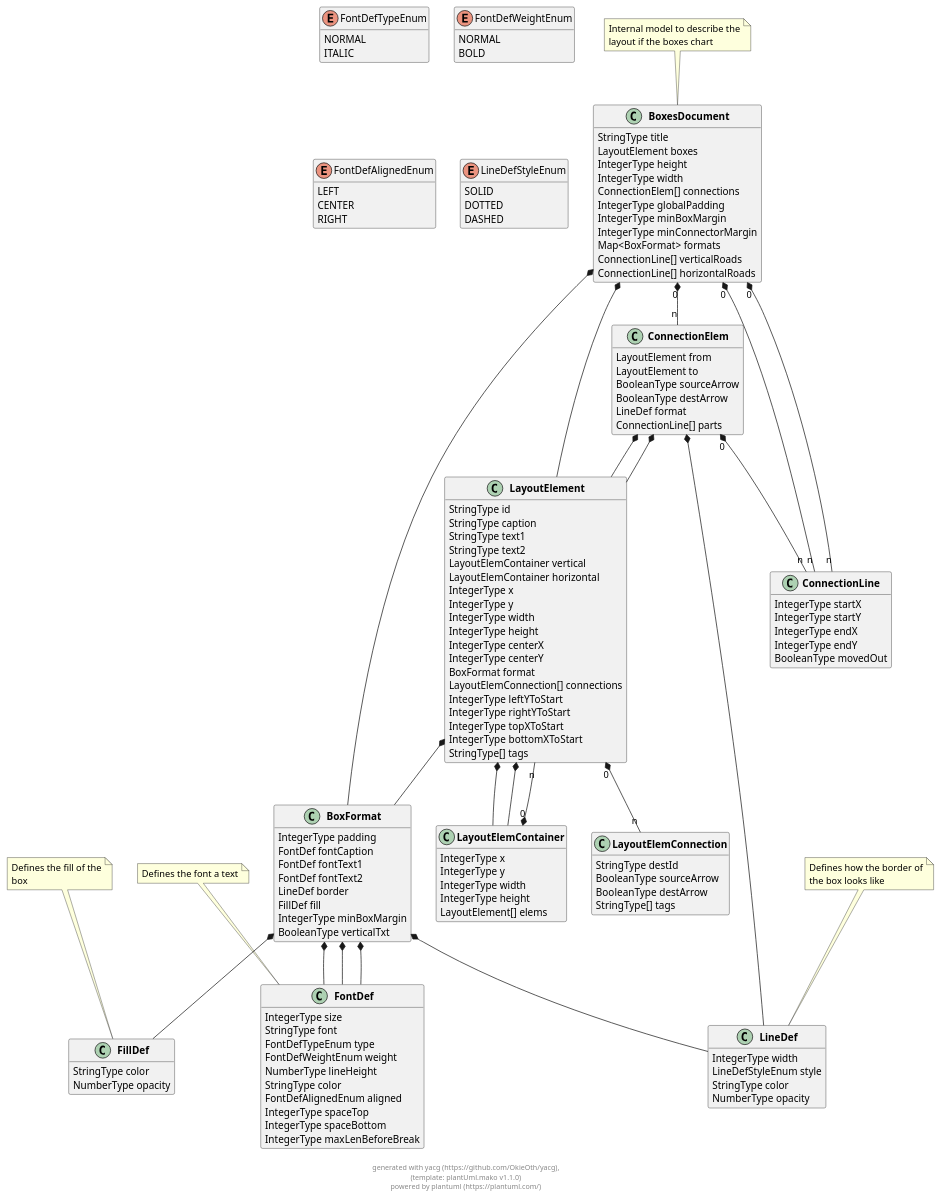
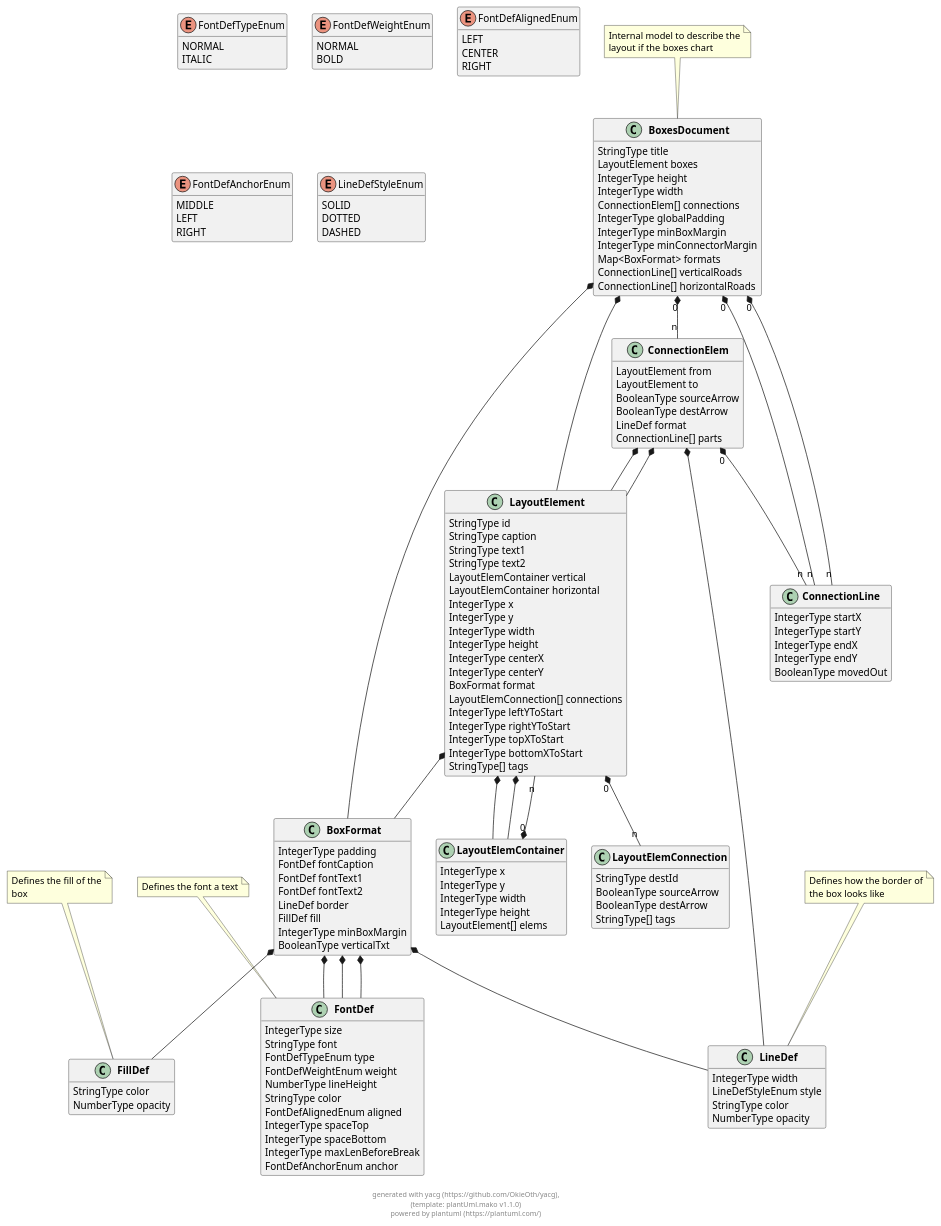
Before and after one commit to OkieOth/draw.chart.things: the diagram in docs/models/puml/boxes_document.puml, drawn with PlantUML. The commit also changed 21 other files, not shown here.

```diff
--- a/docs/models/puml/boxes_document.puml
+++ b/docs/models/puml/boxes_document.puml
@@ -110,6 +110,7 @@
         IntegerType spaceTop
         IntegerType spaceBottom
         IntegerType maxLenBeforeBreak
+        FontDefAnchorEnum anchor
 }
 note top: Defines the font a text
 
@@ -128,6 +129,12 @@
 enum "FontDefAlignedEnum" as FontDefAlignedEnum {
     LEFT
     CENTER
+    RIGHT
+}
+
+enum "FontDefAnchorEnum" as FontDefAnchorEnum {
+    MIDDLE
+    LEFT
     RIGHT
 }
 
@@ -252,6 +259,8 @@
 
 
 
+
+    
     
     
     
```
